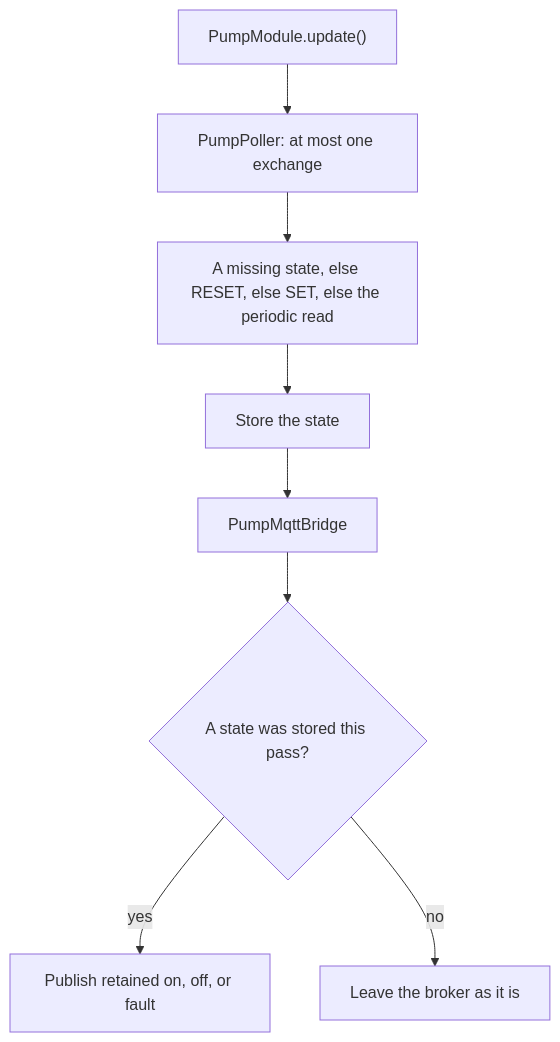
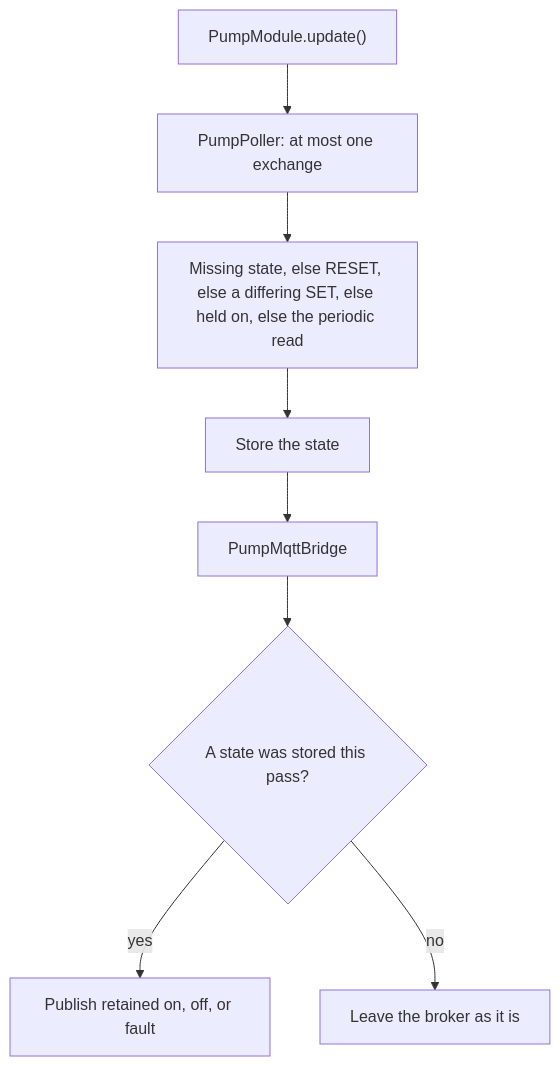
Before and after one commit to WiddleWabbit/MQTT-ModularControllerBoard: the diagram in Firmware/docs/pump-module.md, drawn with Mermaid. The commit also changed other lines of this file and 10 other files, not shown here.

````diff
--- a/Firmware/docs/pump-module.md
+++ b/Firmware/docs/pump-module.md
@@ -28,10 +28,10 @@
 ```mermaid
 flowchart TD
   upd["PumpModule.update()"] --> poll["PumpPoller: at most one exchange"]
-  poll --> order["A missing state, else RESET, else SET, else the periodic read"]
+  poll --> order["Missing state, else RESET, else a differing SET, else held on, else the periodic read"]
   order --> mem["Store the state"]
   mem --> bridge["PumpMqttBridge"]
   bridge --> pub{"A state was stored this pass?"}
   pub -->|yes| mqtt["Publish retained on, off, or fault"]
   pub -->|no| quiet["Leave the broker as it is"]
 ```
````
